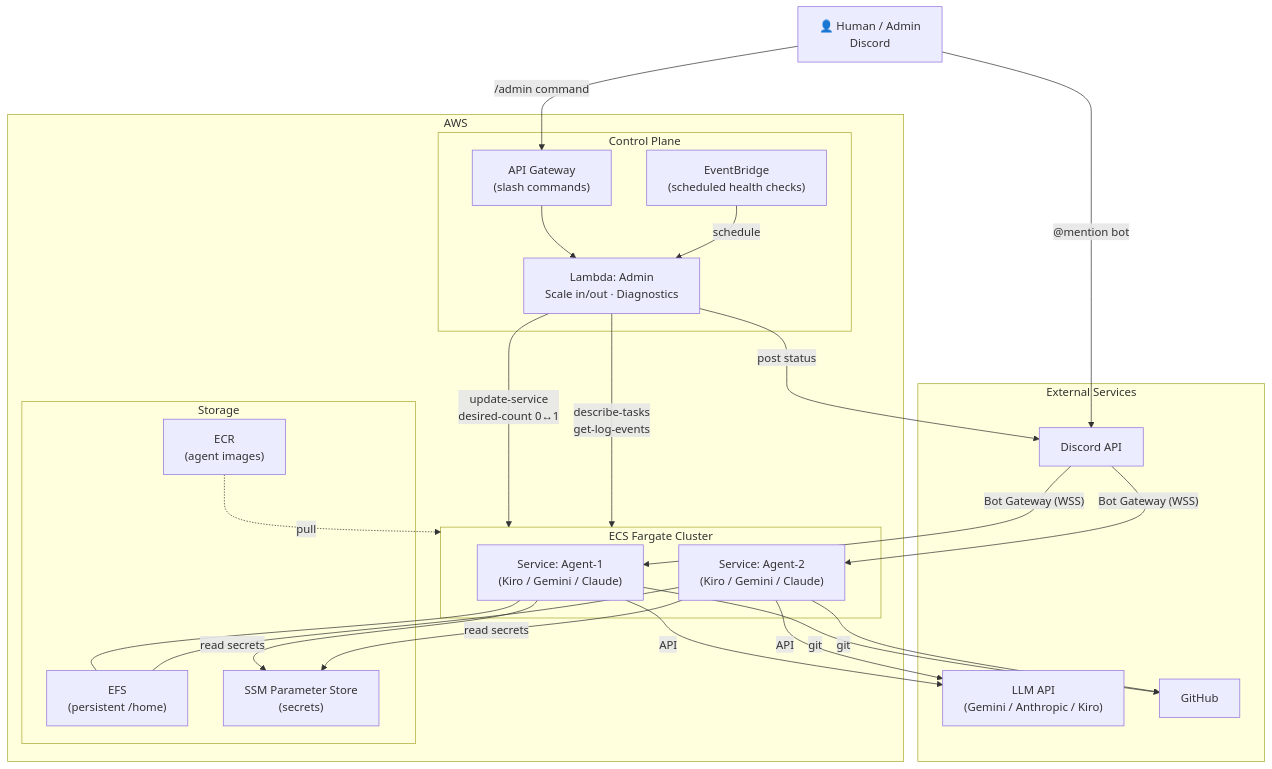
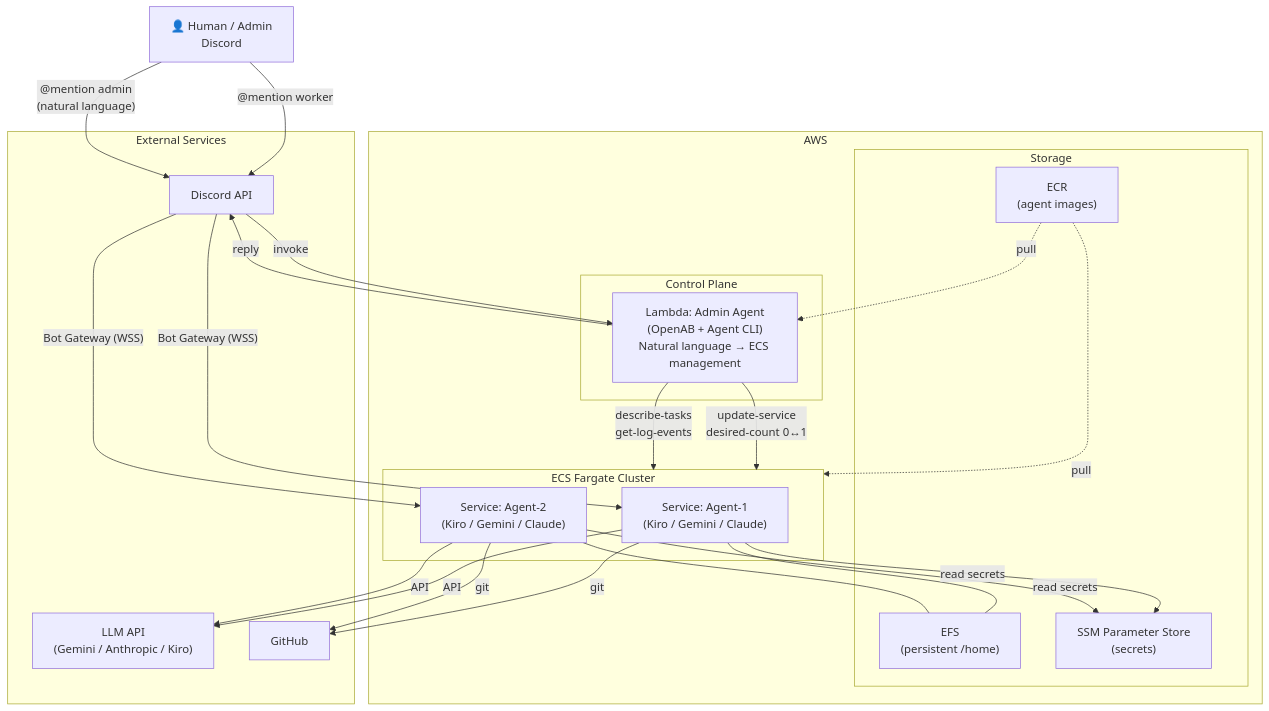
One commit to juntinyeh-worker/agent-outbound changed the first of 6 diagrams in openab-ecs-lambda-architecture.md. Above: the diagram before and after it, drawn with Mermaid. The commit also changed other lines of this file, not shown here.

First line of the commit message:
task: Admin Lambda is a full agent (natural language, not slash commands)

````diff
--- a/openab-ecs-lambda-architecture.md
+++ b/openab-ecs-lambda-architecture.md
@@ -26,44 +26,42 @@
 ```mermaid
 graph TB
     HUMAN["👤 Human / Admin<br/>Discord"]
 
     subgraph AWS["AWS"]
         subgraph ADMIN["Control Plane"]
-            APIGW["API Gateway<br/>(slash commands)"]
-            LAMBDA["Lambda: Admin<br/>Scale in/out · Diagnostics"]
-            EVENTBRIDGE["EventBridge<br/>(scheduled health checks)"]
+            LAMBDA["Lambda: Admin Agent<br/>(OpenAB + Agent CLI)<br/>Natural language → ECS management"]
         end
 
         subgraph WORKERS["ECS Fargate Cluster"]
             SVC1["Service: Agent-1<br/>(Kiro / Gemini / Claude)"]
             SVC2["Service: Agent-2<br/>(Kiro / Gemini / Claude)"]
         end
 
         subgraph STORAGE["Storage"]
             EFS["EFS<br/>(persistent /home)"]
             SSM["SSM Parameter Store<br/>(secrets)"]
             ECR["ECR<br/>(agent images)"]
         end
     end
 
     subgraph EXTERNAL["External Services"]
         DISCORD["Discord API"]
         LLM["LLM API<br/>(Gemini / Anthropic / Kiro)"]
         GITHUB["GitHub"]
     end
 
-    HUMAN -->|"@mention bot"| DISCORD
+    HUMAN -->|"@mention worker"| DISCORD
     DISCORD -->|"Bot Gateway (WSS)"| SVC1 & SVC2
 
-    HUMAN -->|"/admin command"| APIGW --> LAMBDA
-    EVENTBRIDGE -->|"schedule"| LAMBDA
+    HUMAN -->|"@mention admin<br/>(natural language)"| DISCORD
+    DISCORD -->|"invoke"| LAMBDA
     LAMBDA -->|"update-service<br/>desired-count 0↔1"| WORKERS
     LAMBDA -->|"describe-tasks<br/>get-log-events"| WORKERS
-    LAMBDA -->|"post status"| DISCORD
+    LAMBDA -->|"reply"| DISCORD
 
     SVC1 & SVC2 -->|"API"| LLM
     SVC1 & SVC2 -->|"git"| GITHUB
     SVC1 & SVC2 --- EFS
     SVC1 & SVC2 -->|"read secrets"| SSM
-    ECR -.->|"pull"| WORKERS
+    ECR -.->|"pull"| WORKERS & LAMBDA
 ```
````
